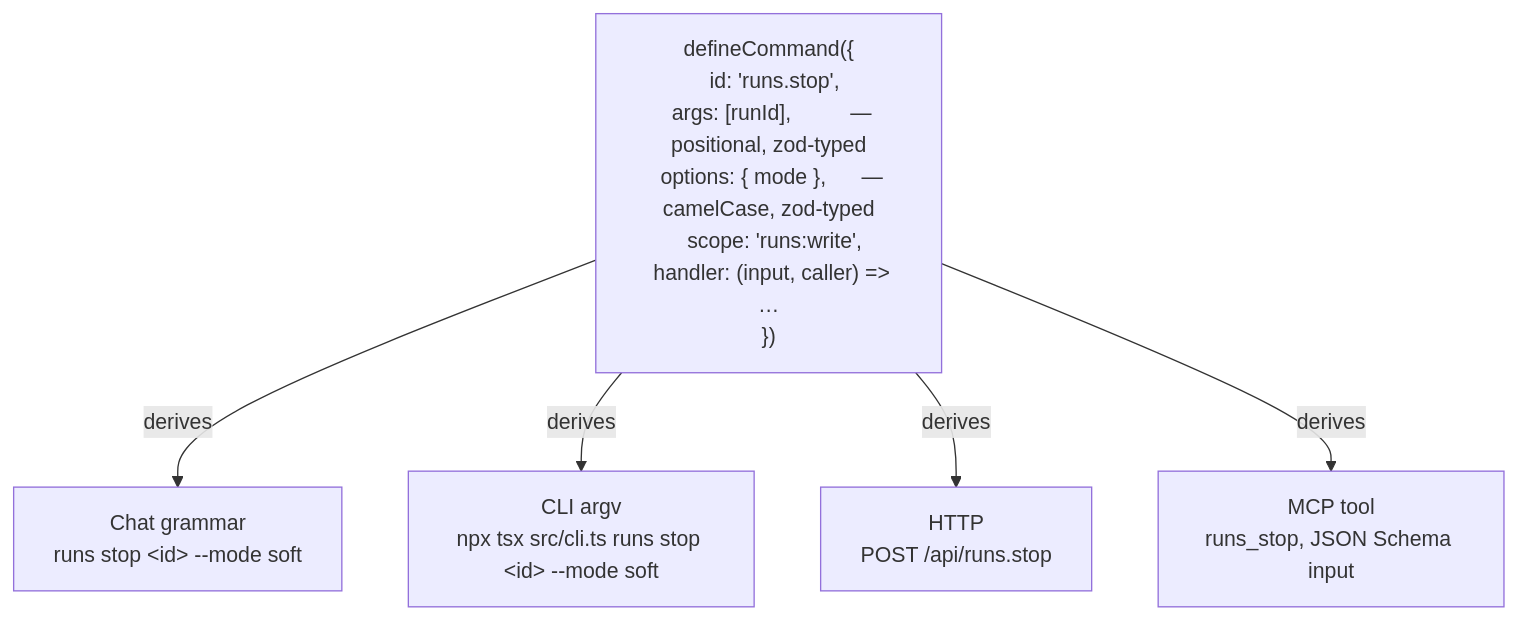
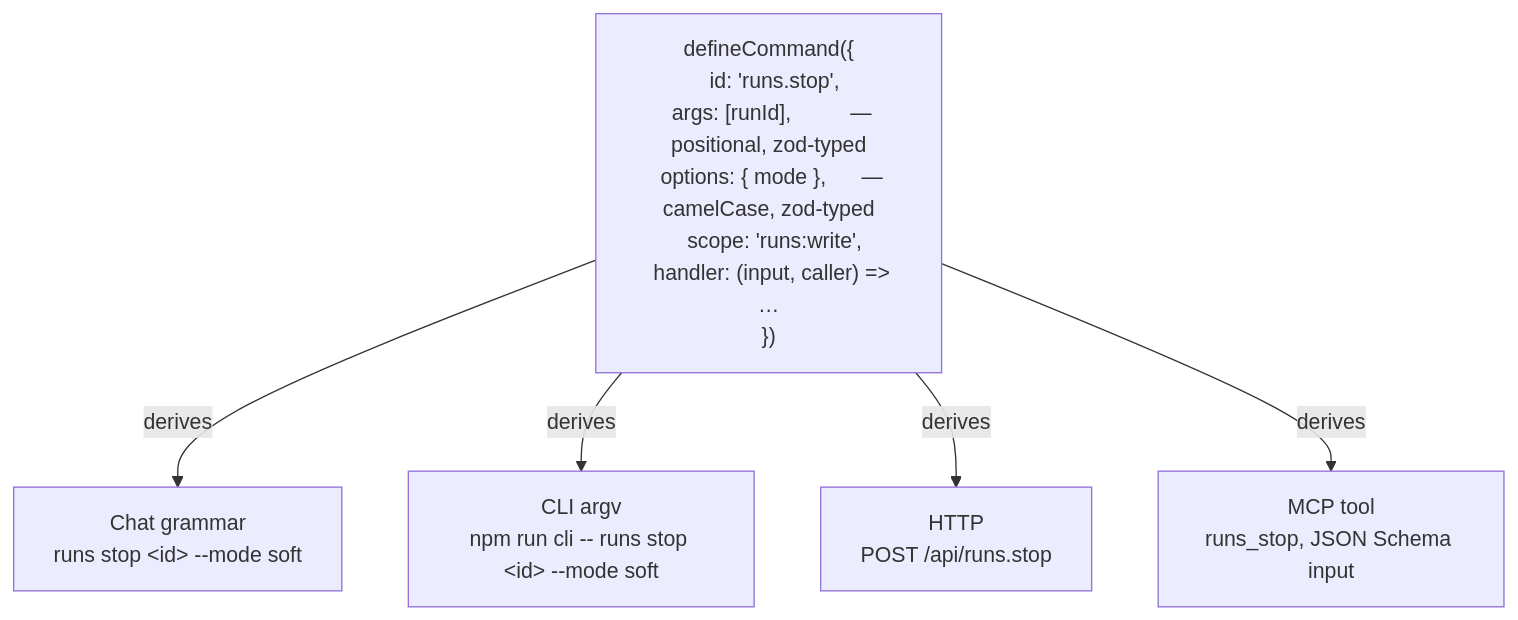
The first of 2 diagrams in docs/explanation/one-command-many-surfaces.md (coreplanelabs/switchboard), drawn with Mermaid before and after one commit. The commit also changed other lines of this file and 41 other files, not shown here.

````diff
--- a/docs/explanation/one-command-many-surfaces.md
+++ b/docs/explanation/one-command-many-surfaces.md
@@ -9,9 +9,9 @@
 ```mermaid
 flowchart TB
     DEF["defineCommand({<br/>  id: 'runs.stop',<br/>  args: [runId],          — positional, zod-typed<br/>  options: { mode },      — camelCase, zod-typed<br/>  scope: 'runs:write',<br/>  handler: (input, caller) => …<br/>})"]
 
     DEF -->|derives| CHAT["Chat grammar<br/>runs stop &lt;id&gt; --mode soft"]
-    DEF -->|derives| CLI["CLI argv<br/>npx tsx src/cli.ts runs stop &lt;id&gt; --mode soft"]
+    DEF -->|derives| CLI["CLI argv<br/>npm run cli -- runs stop &lt;id&gt; --mode soft"]
     DEF -->|derives| HTTP["HTTP<br/>POST /api/runs.stop"]
     DEF -->|derives| MCP["MCP tool<br/>runs_stop, JSON Schema input"]
 ```
````
